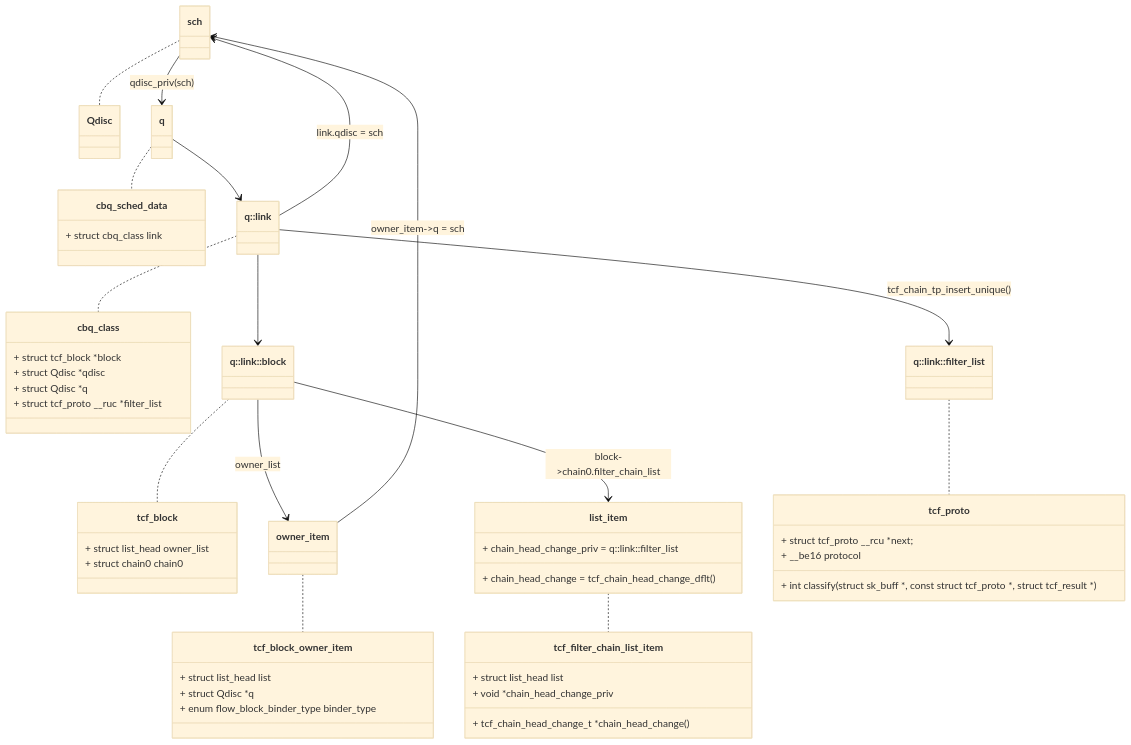
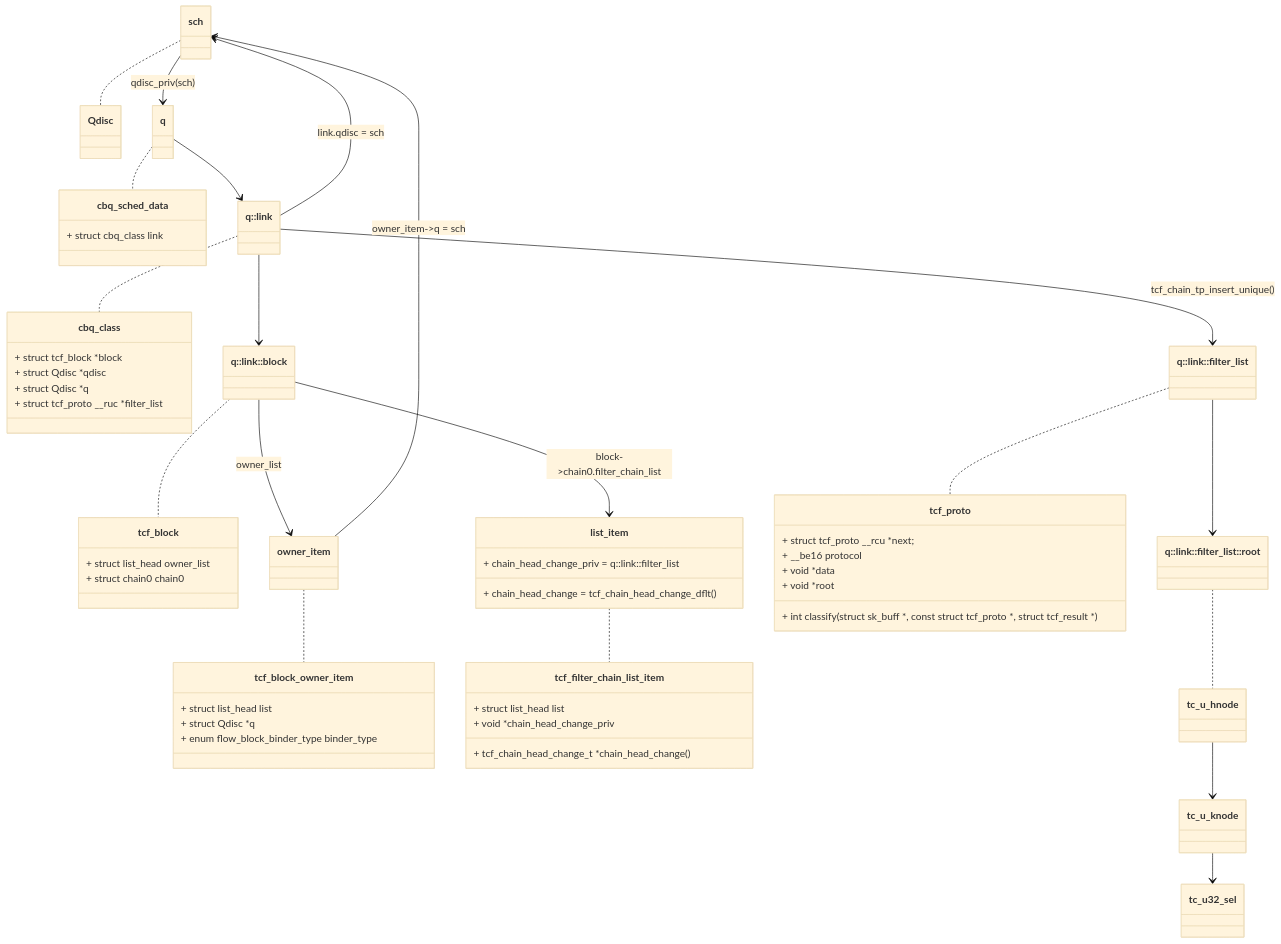
One commit to FXShu/Kernel-notes changed the second of 2 diagrams in packet_schedule.md. Above: the diagram before and after it, drawn with Mermaid (base theme). The commit also changed other lines of this file, not shown here.

````diff
--- a/packet_schedule.md
+++ b/packet_schedule.md
@@ -555,54 +555,61 @@
 ```mermaid
 	classDiagram
 	class Qdisc {
 
 	}
 	sch .. Qdisc
 	class cbq_sched_data {
 		+ struct cbq_class link
 	}
 	q .. cbq_sched_data
 	class cbq_class {
 		+ struct tcf_block *block
 		+ struct Qdisc *qdisc
 		+ struct Qdisc *q
 		+ struct tcf_proto __ruc *filter_list
 	}
 	`q::link` .. cbq_class
 	q --> `q::link`
 	`q::link` --> sch : link.qdisc = sch
 	class tcf_block {
 		+ struct list_head owner_list
 		+ struct chain0 chain0
 	}
 	`q::link::block` .. tcf_block
 	`q::link` --> `q::link::block`
 	class tcf_block_owner_item {
 		+ struct list_head list
 		+ struct Qdisc *q
 		+ enum flow_block_binder_type binder_type
 	}
 	owner_item .. tcf_block_owner_item
 	owner_item --> sch : owner_item->q = sch
 	`q::link::block` --> owner_item : owner_list
 	class tcf_filter_chain_list_item {
 		+ struct list_head list
 		+ tcf_chain_head_change_t *chain_head_change()
 		+ void *chain_head_change_priv
 	}
 	class list_item{
 		+ chain_head_change = tcf_chain_head_change_dflt()
 		+ chain_head_change_priv = q::link::filter_list
 	}
 	list_item .. tcf_filter_chain_list_item
 	`q::link::block` --> list_item : block->chain0.filter_chain_list
 	sch --> q : qdisc_priv(sch)
 	
 	class tcf_proto {
 		+ struct tcf_proto __rcu *next;
 		+ int classify(struct sk_buff *, const struct tcf_proto *, struct tcf_result *)
 		+ __be16 protocol
+		+ void *data
+		+ void *root
 	}
 	`q::link` --> `q::link::filter_list` : tcf_chain_tp_insert_unique()
 	`q::link::filter_list` .. tcf_proto
+	`q::link::filter_list`-->`q::link::filter_list::root`
+	`q::link::filter_list::root` .. tc_u_hnode
+
+	tc_u_hnode --> tc_u_knode
+	tc_u_knode --> tc_u32_sel
 ```
````
